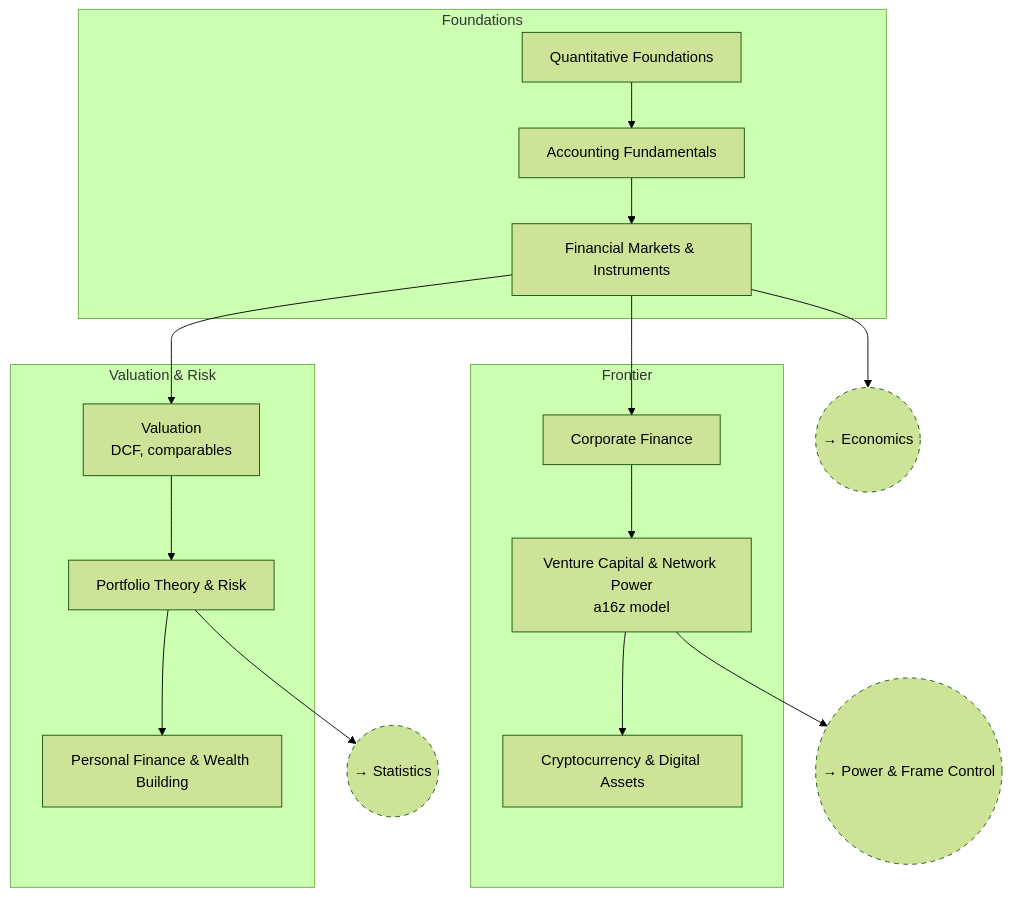
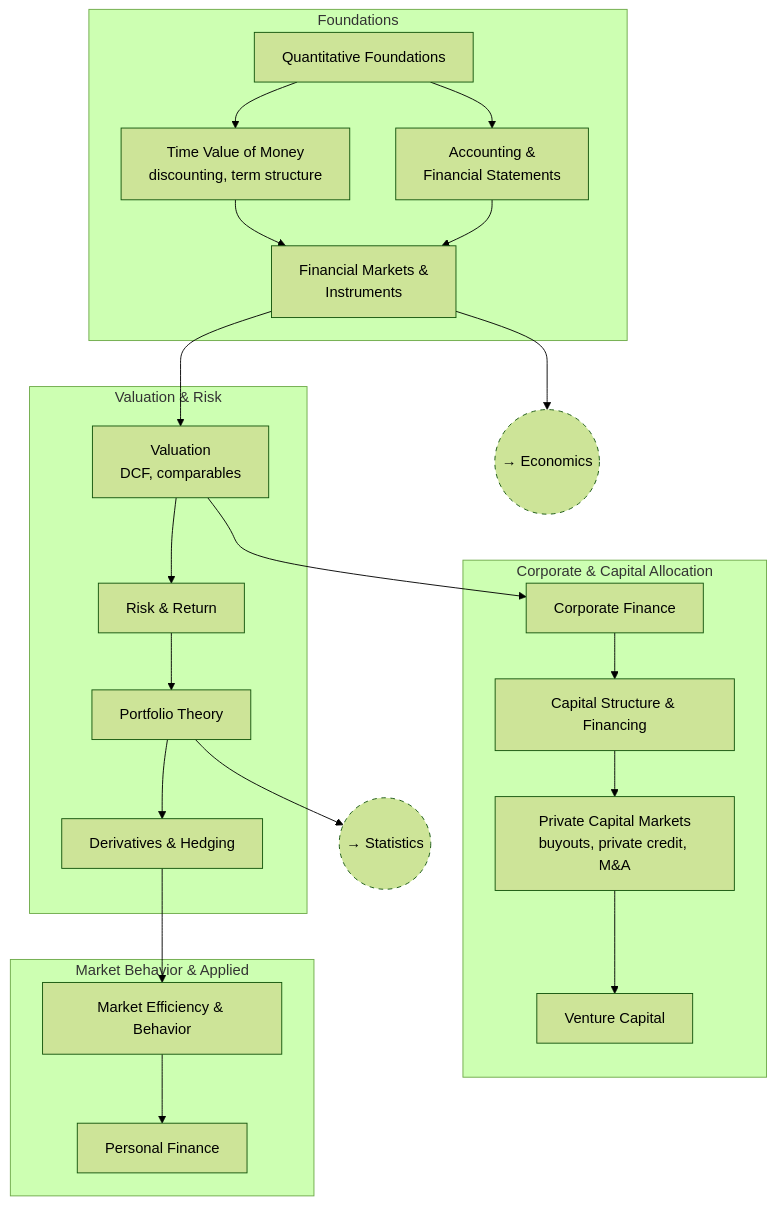
Before and after one commit to nocontextwindow/skill-trees: the diagram in trees/finance/index.md, drawn with Mermaid (forest theme). The commit also changed other lines of this file and 47 other files, not shown here.

````diff
--- a/trees/finance/index.md
+++ b/trees/finance/index.md
@@ -8,34 +14,45 @@
 ```mermaid
 flowchart TD
     subgraph Foundations
         FIN_MATH[Quantitative Foundations]
-        FIN_ACCT[Accounting Fundamentals]
-        FIN_MARKETS[Financial Markets & Instruments]
-        FIN_MATH --> FIN_ACCT --> FIN_MARKETS
+        FIN_ACCT[Accounting &<br/>Financial Statements]
+        FIN_TVM[Time Value of Money<br/>discounting, term structure]
+        FIN_MARKETS[Financial Markets &<br/>Instruments]
+        FIN_MATH --> FIN_TVM
+        FIN_MATH --> FIN_ACCT
+        FIN_TVM --> FIN_MARKETS
+        FIN_ACCT --> FIN_MARKETS
     end
 
     subgraph "Valuation & Risk"
         FIN_VALUE[Valuation<br/>DCF, comparables]
-        FIN_PORT[Portfolio Theory & Risk]
-        FIN_PERSONAL[Personal Finance & Wealth Building]
-        FIN_VALUE --> FIN_PORT --> FIN_PERSONAL
+        FIN_RISK[Risk & Return]
+        FIN_PORT[Portfolio Theory]
+        FIN_DERIV[Derivatives & Hedging]
+        FIN_VALUE --> FIN_RISK --> FIN_PORT --> FIN_DERIV
     end
 
-    subgraph "Frontier"
+    subgraph "Corporate & Capital Allocation"
         FIN_CORP[Corporate Finance]
-        FIN_VC[Venture Capital & Network Power<br/>a16z model]
-        FIN_CRYPTO[Cryptocurrency & Digital Assets]
-        FIN_CORP --> FIN_VC --> FIN_CRYPTO
+        FIN_CAPSTRUCT[Capital Structure & Financing]
+        FIN_PRIVATE[Private Capital Markets<br/>buyouts, private credit, M&A]
+        FIN_VC[Venture Capital]
+        FIN_CORP --> FIN_CAPSTRUCT --> FIN_PRIVATE --> FIN_VC
+    end
+
+    subgraph "Market Behavior & Applied"
+        FIN_EFF[Market Efficiency & Behavior]
+        FIN_PERSONAL[Personal Finance]
+        FIN_EFF --> FIN_PERSONAL
     end
 
     FIN_MARKETS --> FIN_VALUE
-    FIN_MARKETS --> FIN_CORP
+    FIN_VALUE --> FIN_CORP
+    FIN_DERIV --> FIN_EFF
 
     classDef crosslink stroke-dasharray: 5 5
     FIN_ECON(("→ Economics")):::crosslink
     FIN_STAT(("→ Statistics")):::crosslink
-    FIN_PWR(("→ Power & Frame Control")):::crosslink
     FIN_MARKETS --> FIN_ECON
     FIN_PORT --> FIN_STAT
-    FIN_VC --> FIN_PWR
 ```
````
